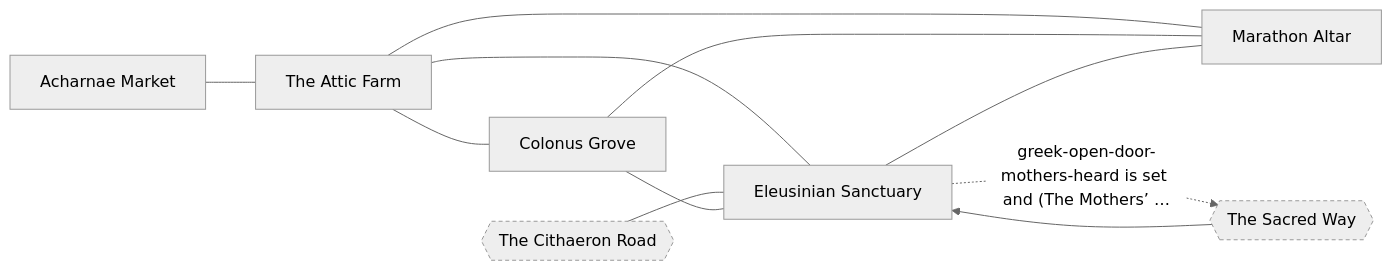
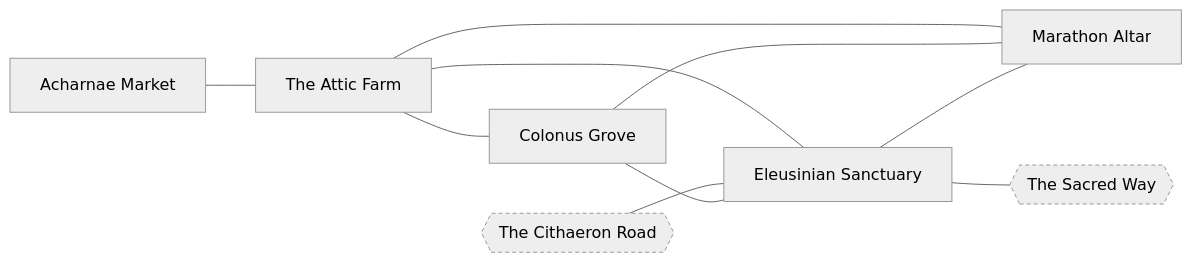
One commit to cenetex/cosyworld changed the sixth of 13 diagrams in docs/maps/greek-drama.md. Above: the diagram before and after it, drawn with Mermaid (neutral theme). The commit also changed other lines of this file and 13 other files, not shown here.

First line of the commit message:
Rebuild the Open Door from wants, things and live locks (WIP)

````diff
--- a/docs/maps/greek-drama.md
+++ b/docs/maps/greek-drama.md
@@ -193,23 +192,22 @@
 ```mermaid
 flowchart LR
   %% Eleusinian Sanctuary
   n_greek_acharnae["Acharnae Market"]
   n_greek_attic_farm["The Attic Farm"]
   n_greek_colonus["Colonus Grove"]
   n_greek_eleusis["Eleusinian Sanctuary"]
   n_greek_marathon["Marathon Altar"]
   n_greek_cithaeron{{"The Cithaeron Road"}}
   n_greek_road_athens_eleusis{{"The Sacred Way"}}
   n_greek_acharnae --- n_greek_attic_farm
   n_greek_attic_farm --- n_greek_colonus
   n_greek_attic_farm --- n_greek_eleusis
   n_greek_attic_farm --- n_greek_marathon
   n_greek_cithaeron --- n_greek_eleusis
   n_greek_colonus --- n_greek_eleusis
   n_greek_colonus --- n_greek_marathon
   n_greek_eleusis --- n_greek_marathon
-  n_greek_eleusis -. "greek-open-door-mothers-heard is set and (The Mothers’ …" .-> n_greek_road_athens_eleusis
-  n_greek_road_athens_eleusis --> n_greek_eleusis
+  n_greek_eleusis --- n_greek_road_athens_eleusis
   classDef stub stroke-dasharray: 4 3
   class n_greek_cithaeron,n_greek_road_athens_eleusis stub
 ```
````
